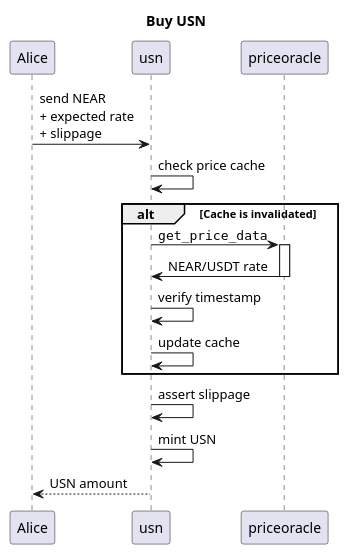
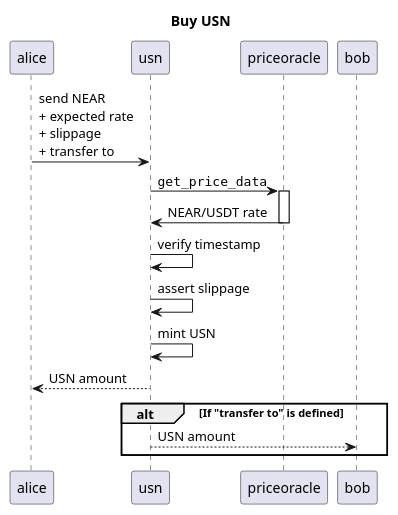
Before and after one commit to fdoperezi/usn: the diagram in images/buy.puml, drawn with PlantUML. The commit also changed 5 other files, not shown here.

```diff
--- a/images/buy.puml
+++ b/images/buy.puml
@@ -1,21 +1,20 @@
 @startuml
 
 title Buy USN
 
-Alice -> usn: send NEAR\n+ expected rate\n+ slippage
-usn -> usn: check price cache
+alice -> usn: send NEAR\n+ expected rate\n+ slippage\n+ transfer to
 
-alt Cache is invalidated
 usn -> priceoracle: ""get_price_data""
 activate priceoracle
 usn <- priceoracle: NEAR/USDT rate
 deactivate priceoracle
 usn -> usn: verify timestamp
-usn -> usn: update cache
-end
 
 usn -> usn: assert slippage
 usn -> usn: mint USN
 
-Alice <-- usn: USN amount
+alice <-- usn: USN amount
+alt If "transfer to" is defined
+bob <-- usn: USN amount
+end
 @enduml
```
